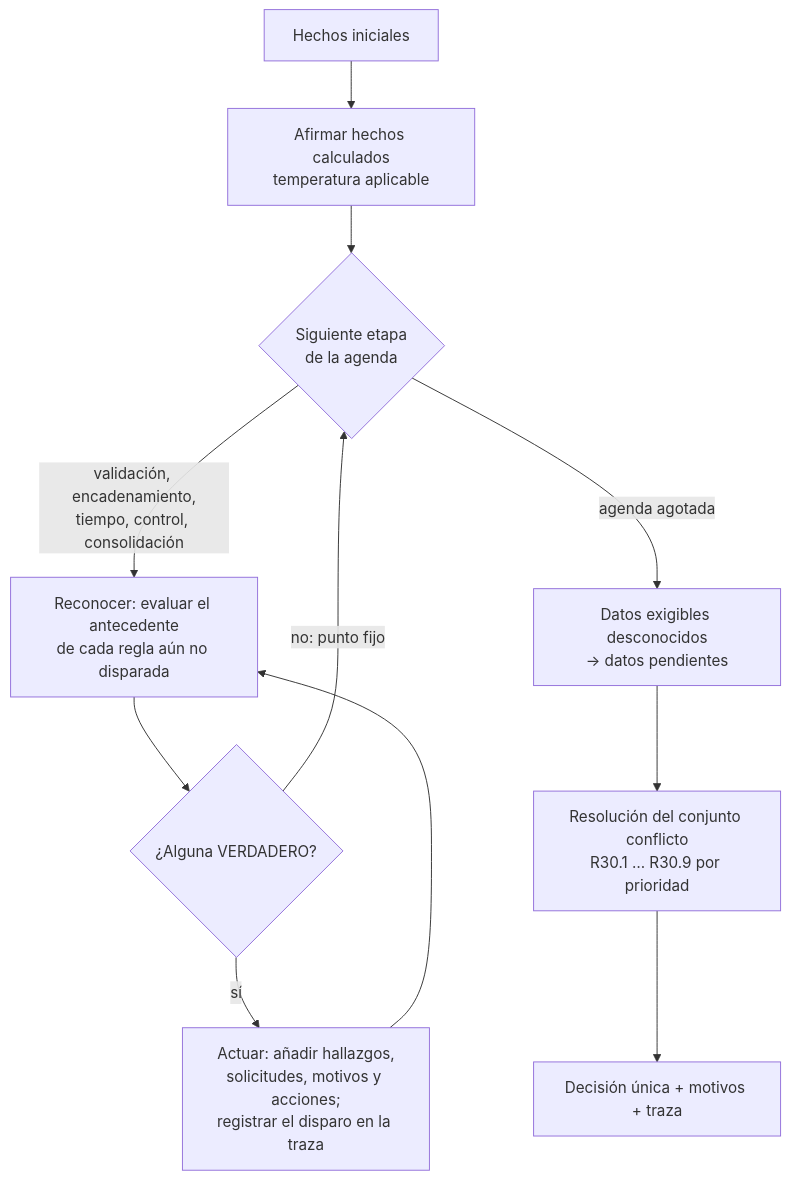
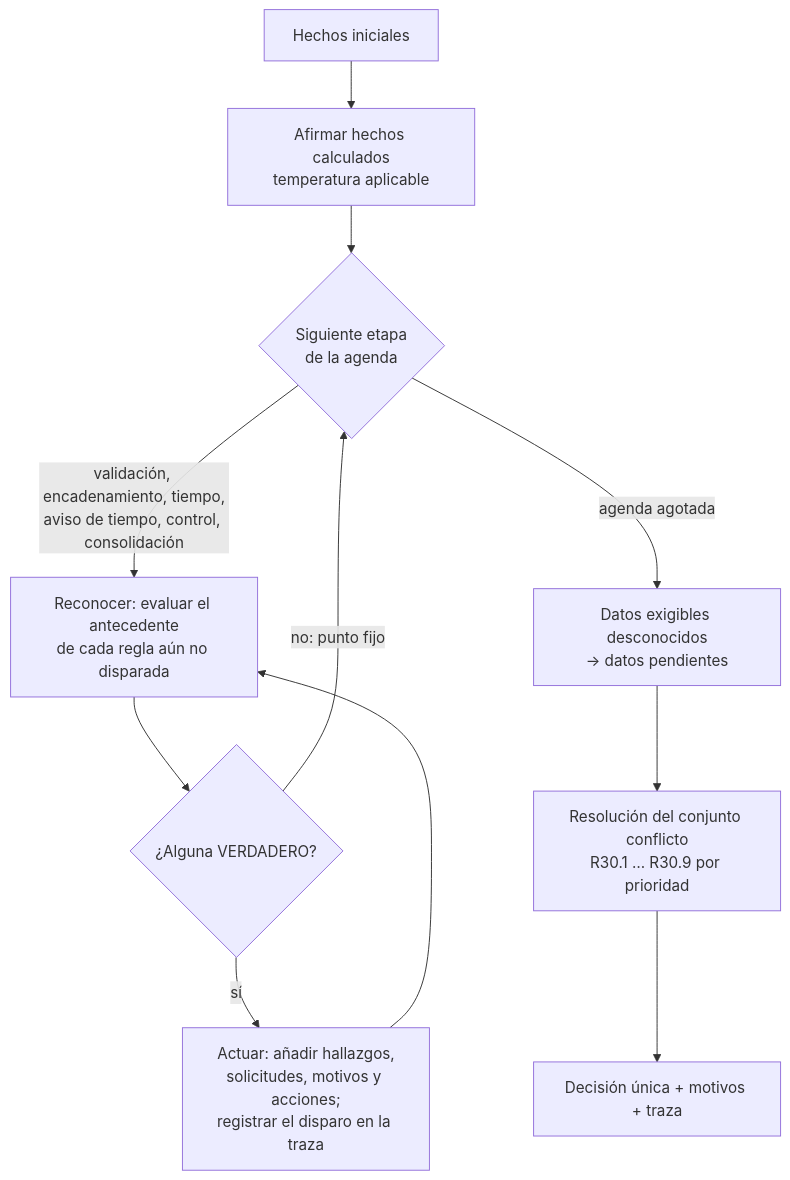
The second of 2 diagrams in docs/ARQUITECTURA_SE.md (FASBELS/POSCOSEGRAN-SI), drawn with Mermaid before and after one commit. The commit also changed other lines of this file and 8 other files, not shown here.

````diff
--- a/docs/ARQUITECTURA_SE.md
+++ b/docs/ARQUITECTURA_SE.md
@@ -148,13 +148,13 @@
 ```mermaid
 flowchart TD
     A[Hechos iniciales] --> B[Afirmar hechos calculados<br/>temperatura aplicable]
     B --> C{Siguiente etapa<br/>de la agenda}
-    C -->|validación, encadenamiento,<br/>tiempo, control, consolidación| D[Reconocer: evaluar el antecedente<br/>de cada regla aún no disparada]
+    C -->|validación, encadenamiento, tiempo,<br/>aviso de tiempo, control, consolidación| D[Reconocer: evaluar el antecedente<br/>de cada regla aún no disparada]
     D --> E{¿Alguna VERDADERO?}
     E -->|sí| F[Actuar: añadir hallazgos,<br/>solicitudes, motivos y acciones;<br/>registrar el disparo en la traza]
     F --> D
     E -->|no: punto fijo| C
     C -->|agenda agotada| G[Datos exigibles desconocidos<br/>→ datos pendientes]
     G --> H[Resolución del conjunto conflicto<br/>R30.1 … R30.9 por prioridad]
     H --> I[Decisión única + motivos + traza]
 ```
````
